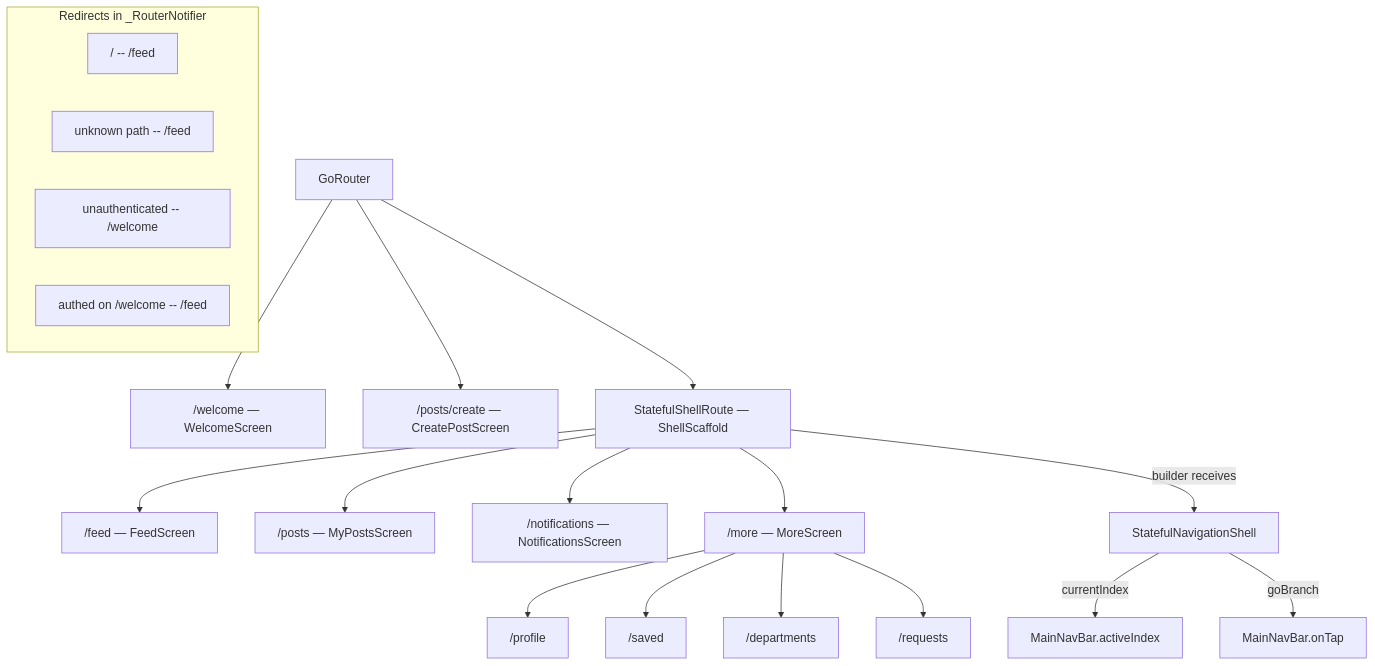
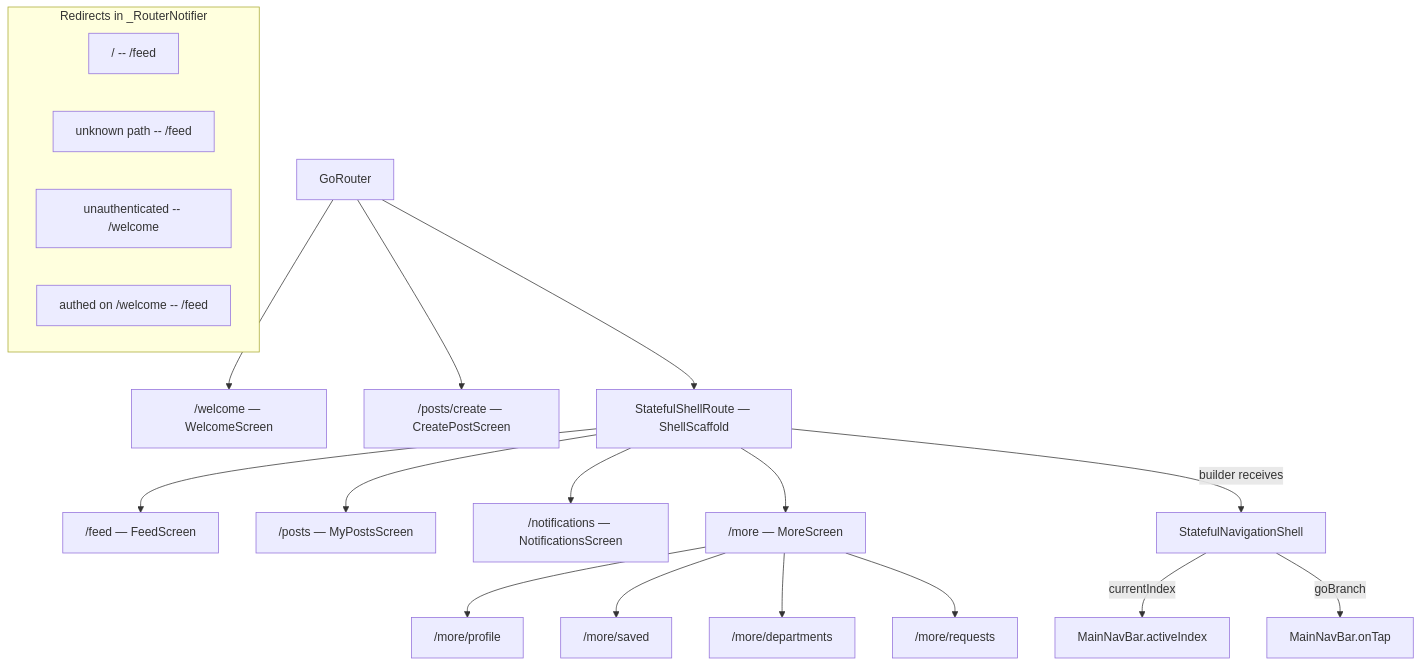
The diagram in tech-specs/0005-main-navbar.md (unishare-oss/unishare-flutter), drawn with Mermaid before and after one commit. The commit also changed other lines of this file and 2 other files, not shown here.

````diff
--- a/tech-specs/0005-main-navbar.md
+++ b/tech-specs/0005-main-navbar.md
@@ -27,27 +27,27 @@
 ```mermaid
 flowchart TD
     A[GoRouter] --> B["/welcome — WelcomeScreen"]
     A --> C["/posts/create — CreatePostScreen"]
     A --> D["StatefulShellRoute — ShellScaffold"]
 
     D --> E["/feed — FeedScreen"]
     D --> F["/posts — MyPostsScreen"]
     D --> G["/notifications — NotificationsScreen"]
     D --> H["/more — MoreScreen"]
 
-    H --> I["/profile"]
-    H --> J["/saved"]
-    H --> K["/departments"]
-    H --> L["/requests"]
+    H --> I["/more/profile"]
+    H --> J["/more/saved"]
+    H --> K["/more/departments"]
+    H --> L["/more/requests"]
 
     D -->|builder receives| M[StatefulNavigationShell]
     M -->|currentIndex| N[MainNavBar.activeIndex]
     M -->|goBranch| N2[MainNavBar.onTap]
 
     subgraph Redirects in _RouterNotifier
         R1["/ -- /feed"]
         R2["unknown path -- /feed"]
         R3["unauthenticated -- /welcome"]
         R4["authed on /welcome -- /feed"]
     end
 ```
````
